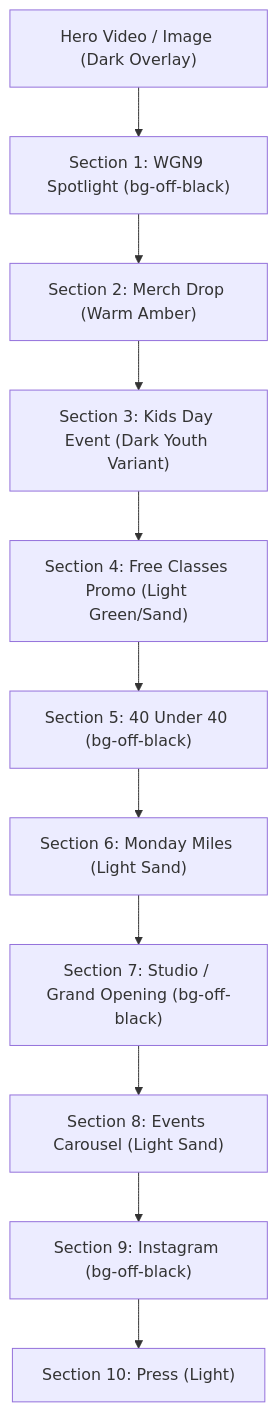
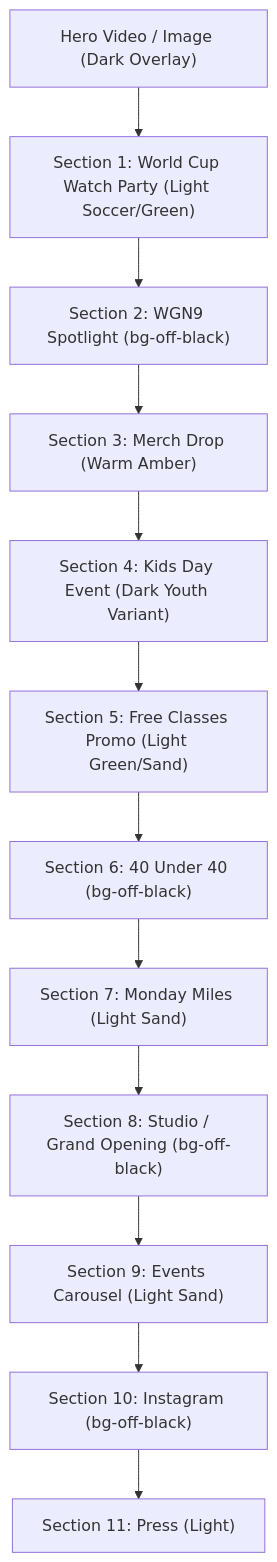
The first of 3 diagrams in design.md (awaisqazi/latinasweatproject), drawn with Mermaid before and after one commit. The commit also changed other lines of this file and 6 other files, not shown here.

Commit message:
Add World Cup watch party event

````diff
--- a/design.md
+++ b/design.md
@@ -34,13 +34,14 @@
 ```mermaid
 graph TD
-    Hero["Hero Video / Image (Dark Overlay)"] --> Sec1["Section 1: WGN9 Spotlight (bg-off-black)"]
-    Sec1 --> Sec2["Section 2: Merch Drop (Warm Amber)"]
-    Sec2 --> Sec3["Section 3: Kids Day Event (Dark Youth Variant)"]
-    Sec3 --> Sec4["Section 4: Free Classes Promo (Light Green/Sand)"]
-    Sec4 --> Sec5["Section 5: 40 Under 40 (bg-off-black)"]
-    Sec5 --> Sec6["Section 6: Monday Miles (Light Sand)"]
-    Sec6 --> Sec7["Section 7: Studio / Grand Opening (bg-off-black)"]
-    Sec7 --> Sec8["Section 8: Events Carousel (Light Sand)"]
-    Sec8 --> Sec9["Section 9: Instagram (bg-off-black)"]
-    Sec9 --> Sec10["Section 10: Press (Light)"]
+    Hero["Hero Video / Image (Dark Overlay)"] --> Sec1["Section 1: World Cup Watch Party (Light Soccer/Green)"]
+    Sec1 --> Sec2["Section 2: WGN9 Spotlight (bg-off-black)"]
+    Sec2 --> Sec3["Section 3: Merch Drop (Warm Amber)"]
+    Sec3 --> Sec4["Section 4: Kids Day Event (Dark Youth Variant)"]
+    Sec4 --> Sec5["Section 5: Free Classes Promo (Light Green/Sand)"]
+    Sec5 --> Sec6["Section 6: 40 Under 40 (bg-off-black)"]
+    Sec6 --> Sec7["Section 7: Monday Miles (Light Sand)"]
+    Sec7 --> Sec8["Section 8: Studio / Grand Opening (bg-off-black)"]
+    Sec8 --> Sec9["Section 9: Events Carousel (Light Sand)"]
+    Sec9 --> Sec10["Section 10: Instagram (bg-off-black)"]
+    Sec10 --> Sec11["Section 11: Press (Light)"]
 ```
````
